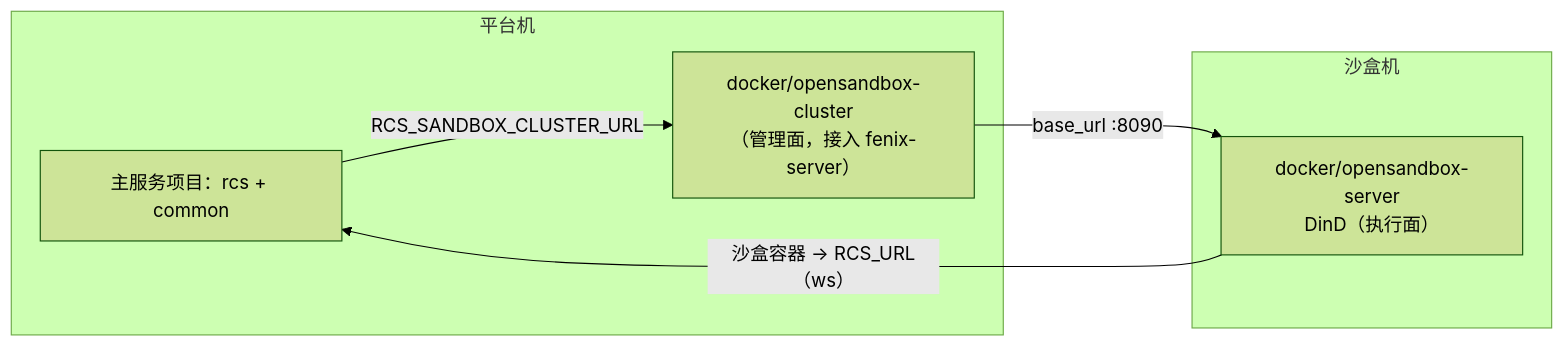
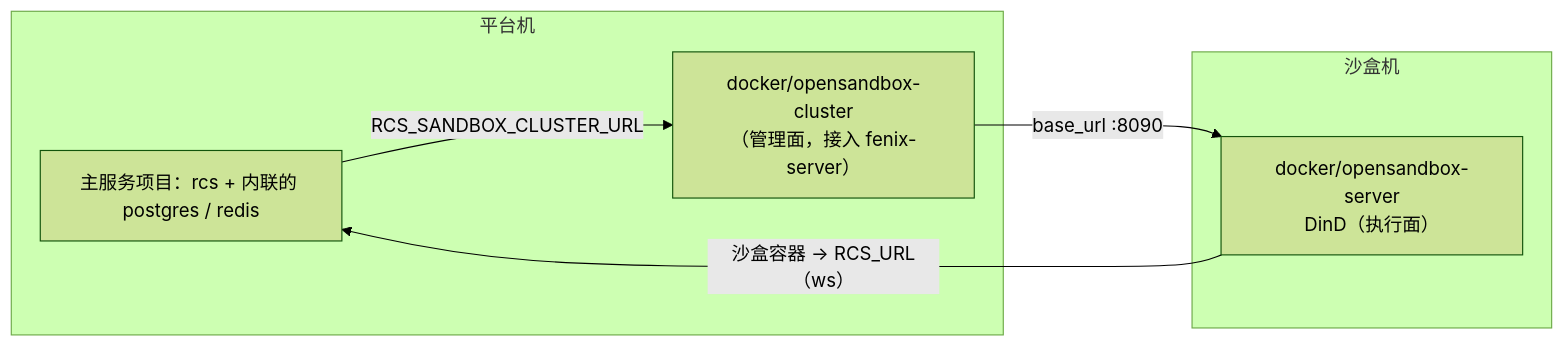
Before and after one commit to HuangPuStar/FenixAgent: the fifth of 5 diagrams in docs/arch/26-deployment-topology.md, drawn with Mermaid (forest theme). The commit also changed other lines of this file and 40 other files, not shown here.

````diff
--- a/docs/arch/26-deployment-topology.md
+++ b/docs/arch/26-deployment-topology.md
@@ -247,14 +251,14 @@
 ```mermaid
 flowchart LR
     subgraph Plat["平台机"]
-        RCS["主服务项目：rcs + common"]
+        RCS["主服务项目：rcs + 内联的 postgres / redis"]
         CL["docker/opensandbox-cluster<br/>（管理面，接入 fenix-server）"]
     end
     subgraph SBX["沙盒机"]
         SV["docker/opensandbox-server<br/>DinD（执行面）"]
     end
 
     RCS -->|"RCS_SANDBOX_CLUSTER_URL"| CL
     CL -->|"base_url :8090"| SV
     SV -->|"沙盒容器 → RCS_URL（ws）"| RCS
 ```
````
